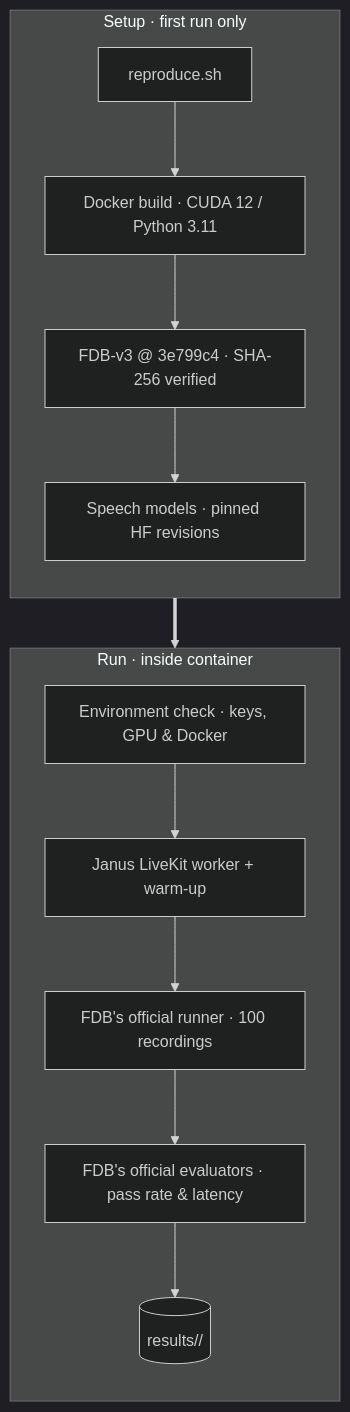
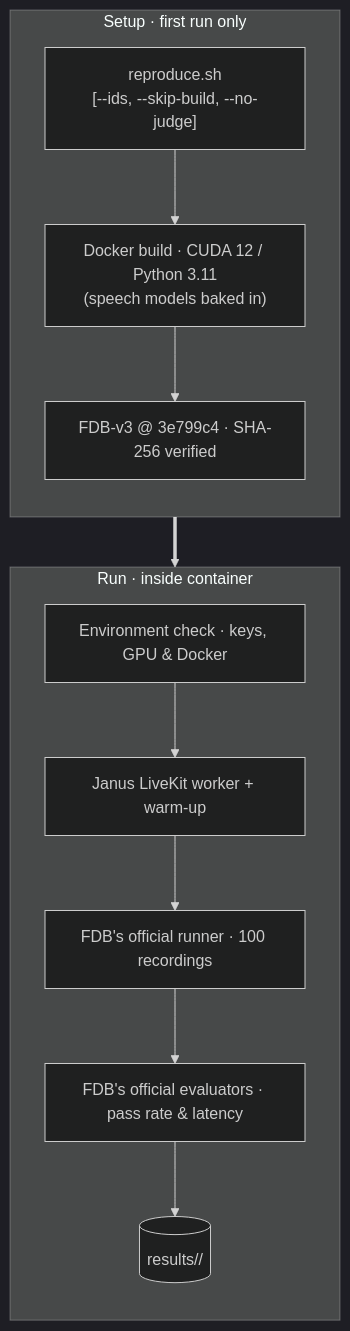
One commit to AdithyaSanthosh-P/Janus changed the second of 7 diagrams in README.md. Above: the diagram before and after it, drawn with Mermaid (dark theme). The commit also changed other lines of this file, not shown here.

````diff
--- a/README.md
+++ b/README.md
@@ -51,17 +143,16 @@
 ```mermaid
 flowchart TB
     subgraph SETUP["Setup · first run only"]
         direction TB
-        A["reproduce.sh"] --> B["Docker build · CUDA 12 / Python 3.11"]
+        A["reproduce.sh<br/>[--ids, --skip-build, --no-judge]"] --> B["Docker build · CUDA 12 / Python 3.11<br/>(speech models baked in)"]
         B --> C["FDB-v3 @ 3e799c4 · SHA-256 verified"]
-        C --> D["Speech models · pinned HF revisions"]
     end
     subgraph RUN["Run · inside container"]
         direction TB
         E["Environment check · keys, GPU & Docker"] --> F["Janus LiveKit worker + warm-up"]
         F --> G["FDB's official runner · 100 recordings"]
         G --> H["FDB's official evaluators · pass rate & latency"]
         H --> I[("results/<timestamp>/")]
     end
     SETUP ==> RUN
 ```
````
